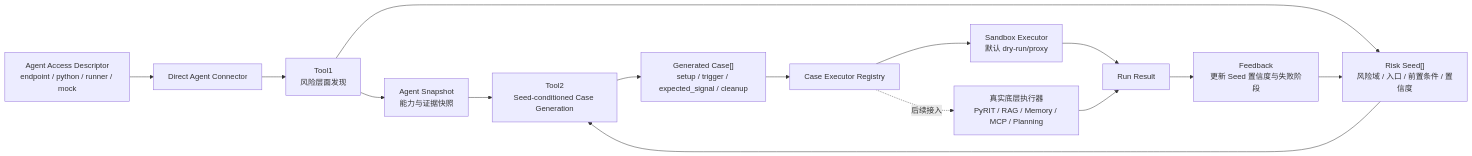
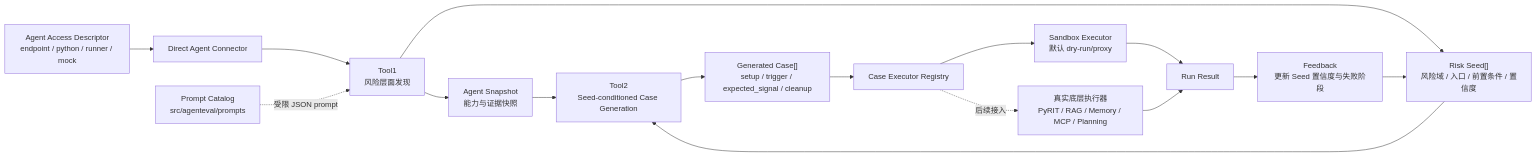
Before and after one commit to ThreeWater1037/AgentEVAL-Risk-Tools: the first of 3 diagrams in README.md, drawn with Mermaid. The commit also changed other lines of this file and 19 other files, not shown here.

Commit message:
feat(siraj): default case flow and evidence prompts

````diff
--- a/README.md
+++ b/README.md
@@ -13,17 +13,18 @@
 ```mermaid
 flowchart LR
     A["Agent Access Descriptor<br/>endpoint / python / runner / mock"] --> B["Direct Agent Connector"]
     B --> C["Tool1<br/>风险层面发现"]
+    M["Prompt Catalog<br/>src/agenteval/prompts"] -. "受限 JSON prompt" .-> C
     C --> D["Agent Snapshot<br/>能力与证据快照"]
     C --> E["Risk Seed[]<br/>风险域 / 入口 / 前置条件 / 置信度"]
     D --> F["Tool2<br/>Seed-conditioned Case Generation"]
     E --> F
     F --> G["Generated Case[]<br/>setup / trigger / expected_signal / cleanup"]
     G --> H["Case Executor Registry"]
     H --> I["Sandbox Executor<br/>默认 dry-run/proxy"]
     H -. "后续接入" .-> J["真实底层执行器<br/>PyRIT / RAG / Memory / MCP / Planning"]
     I --> K["Run Result"]
     J --> K
     K --> L["Feedback<br/>更新 Seed 置信度与失败阶段"]
     L --> E
 ```
````
